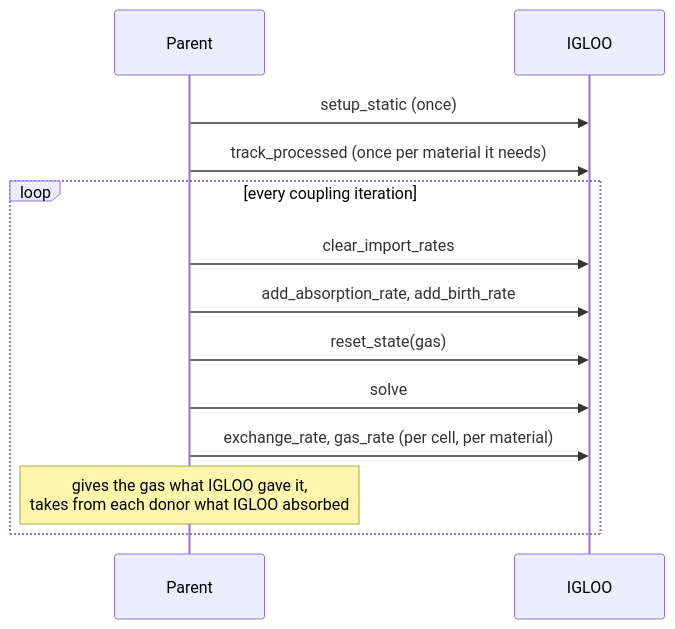
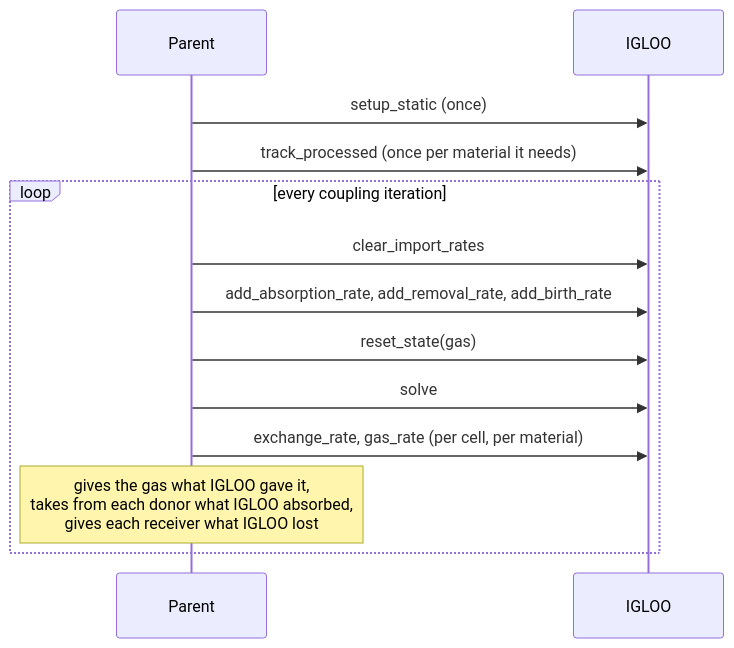
One commit to open-hydra/IGLOO changed the second of 3 diagrams in docs/development/coupling.md. Above: the diagram before and after it, drawn with Mermaid. The commit also changed other lines of this file and 20 other files, not shown here.

Commit message:
Exchange: removal rate for a coupler; d-gen read again in combustion rows

````diff
--- a/docs/development/coupling.md
+++ b/docs/development/coupling.md
@@ -46,15 +49,15 @@
 ```mermaid
 sequenceDiagram
     participant P as Parent
     participant I as IGLOO
     P->>I: setup_static (once)
     P->>I: track_processed (once per material it needs)
     loop every coupling iteration
         P->>I: clear_import_rates
-        P->>I: add_absorption_rate, add_birth_rate
+        P->>I: add_absorption_rate, add_removal_rate, add_birth_rate
         P->>I: reset_state(gas)
         P->>I: solve
         P->>I: exchange_rate, gas_rate (per cell, per material)
-        Note over P: gives the gas what IGLOO gave it,<br/>takes from each donor what IGLOO absorbed
+        Note over P: gives the gas what IGLOO gave it,<br/>takes from each donor what IGLOO absorbed,<br/>gives each receiver what IGLOO lost
     end
 ```
````
